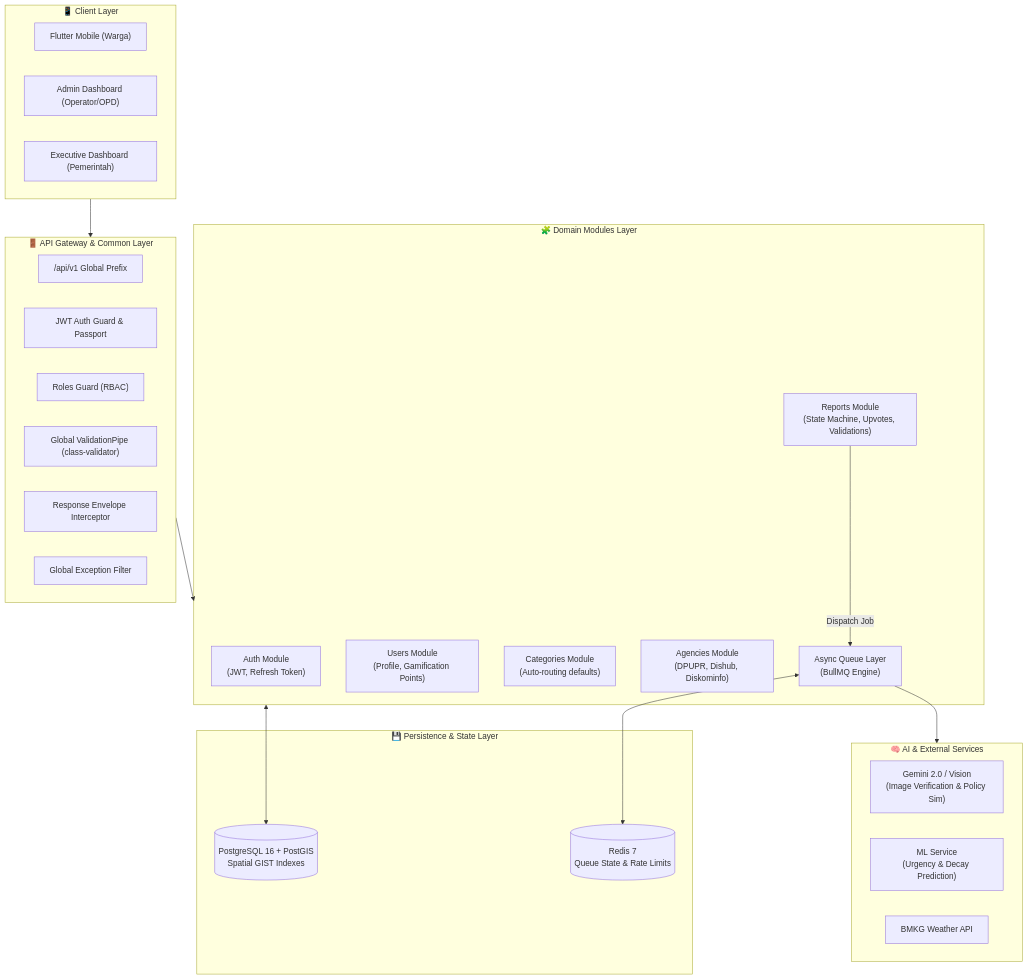
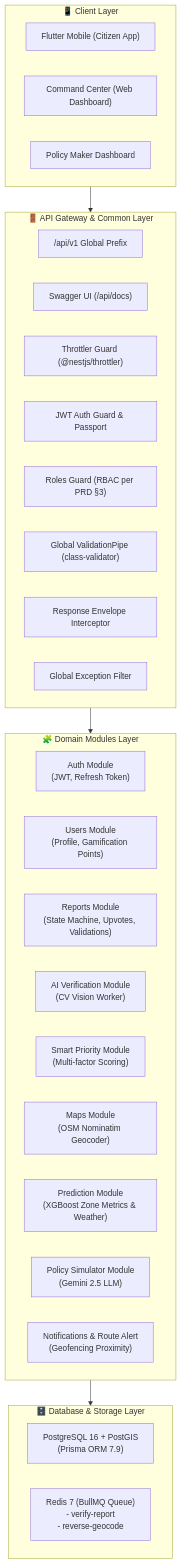
Before and after one commit to nabilkencana/Backend-Laporkita: the first of 2 diagrams in README.md, drawn with Mermaid. The commit also changed other lines of this file and 26 other files, not shown here.

Commit message:
feat: implement UUID validation pipe and add audit trail verification for report status transitions

````diff
--- a/README.md
+++ b/README.md
@@ -77,44 +76,40 @@
 ```mermaid
 flowchart TD
     subgraph Clients["📱 Client Layer"]
-        CitizenApp["Flutter Mobile (Warga)"]
-        OperatorWeb["Admin Dashboard (Operator/OPD)"]
-        PolicyPortal["Executive Dashboard (Pemerintah)"]
+        CitizenApp["Flutter Mobile (Citizen App)"]
+        OperatorWeb["Command Center (Web Dashboard)"]
+        PolicyPortal["Policy Maker Dashboard"]
     end
 
     subgraph Gateway["🚪 API Gateway & Common Layer"]
         Prefix["/api/v1 Global Prefix"]
+        Swagger["Swagger UI (/api/docs)"]
+        RateLimiter["Throttler Guard (@nestjs/throttler)"]
         AuthGuard["JWT Auth Guard & Passport"]
-        RBAC["Roles Guard (RBAC)"]
+        RBAC["Roles Guard (RBAC per PRD §3)"]
         ValPipe["Global ValidationPipe (class-validator)"]
         Interceptor["Response Envelope Interceptor"]
         Filter["Global Exception Filter"]
     end
 
     subgraph Modules["🧩 Domain Modules Layer"]
         AuthMod["Auth Module\n(JWT, Refresh Token)"]
         UserMod["Users Module\n(Profile, Gamification Points)"]
         ReportMod["Reports Module\n(State Machine, Upvotes, Validations)"]
-        CategoryMod["Categories Module\n(Auto-routing defaults)"]
-        AgencyMod["Agencies Module\n(DPUPR, Dishub, Diskominfo)"]
-        WorkerQueue["Async Queue Layer\n(BullMQ Engine)"]
+        AIVerifyMod["AI Verification Module\n(CV Vision Worker)"]
+        SmartPriorityMod["Smart Priority Module\n(Multi-factor Scoring)"]
+        MapsMod["Maps Module\n(OSM Nominatim Geocoder)"]
+        PredictionMod["Prediction Module\n(XGBoost Zone Metrics & Weather)"]
+        PolicyMod["Policy Simulator Module\n(Gemini 2.5 LLM)"]
+        NotifMod["Notifications & Route Alert\n(Geofencing Proximity)"]
     end
 
-    subgraph Intelligence["🧠 AI & External Services"]
-        GeminiAI["Gemini 2.0 / Vision\n(Image Verification & Policy Sim)"]
-        XGBoostEngine["ML Service\n(Urgency & Decay Prediction)"]
-        BMKG["BMKG Weather API"]
-    end
-
-    subgraph Storage["💾 Persistence & State Layer"]
-        Postgres[(PostgreSQL 16 + PostGIS\nSpatial GIST Indexes)]
-        RedisCache[(Redis 7\nQueue State & Rate Limits)]
+    subgraph Infra["🗄️ Database & Storage Layer"]
+        Postgres["PostgreSQL 16 + PostGIS\n(Prisma ORM 7.9)"]
+        Redis["Redis 7 (BullMQ Queue)\n- verify-report\n- reverse-geocode"]
     end
 
     Clients --> Gateway
     Gateway --> Modules
-    ReportMod -->|Dispatch Job| WorkerQueue
-    WorkerQueue <--> RedisCache
-    WorkerQueue --> Intelligence
-    Modules <--> Postgres
+    Modules --> Infra
 ```
````
